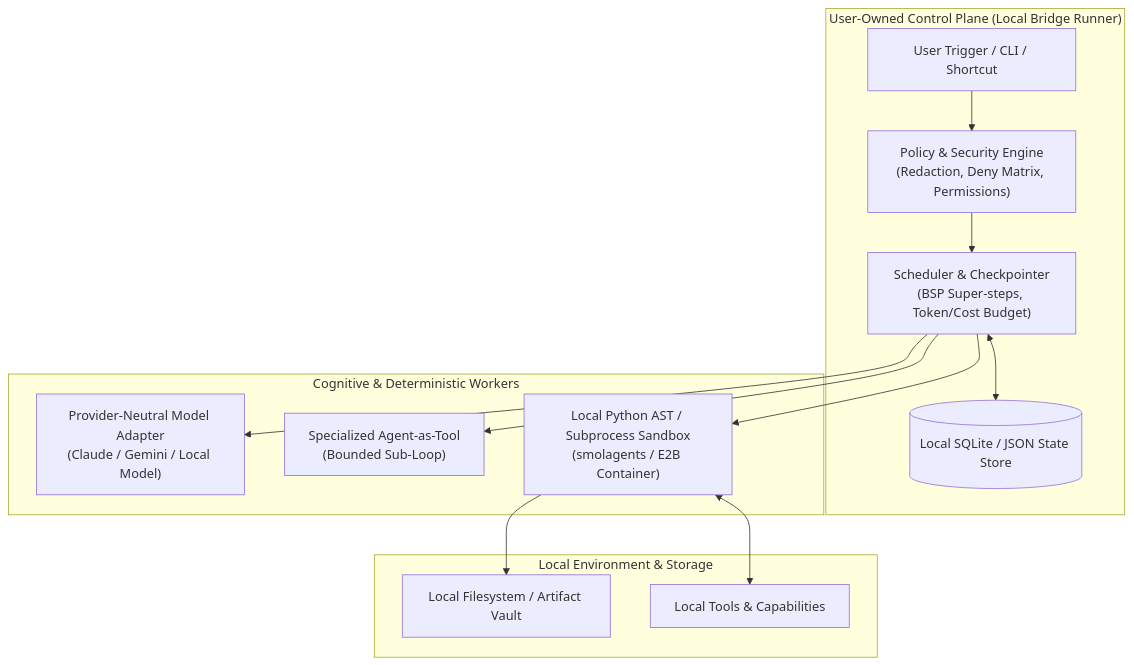
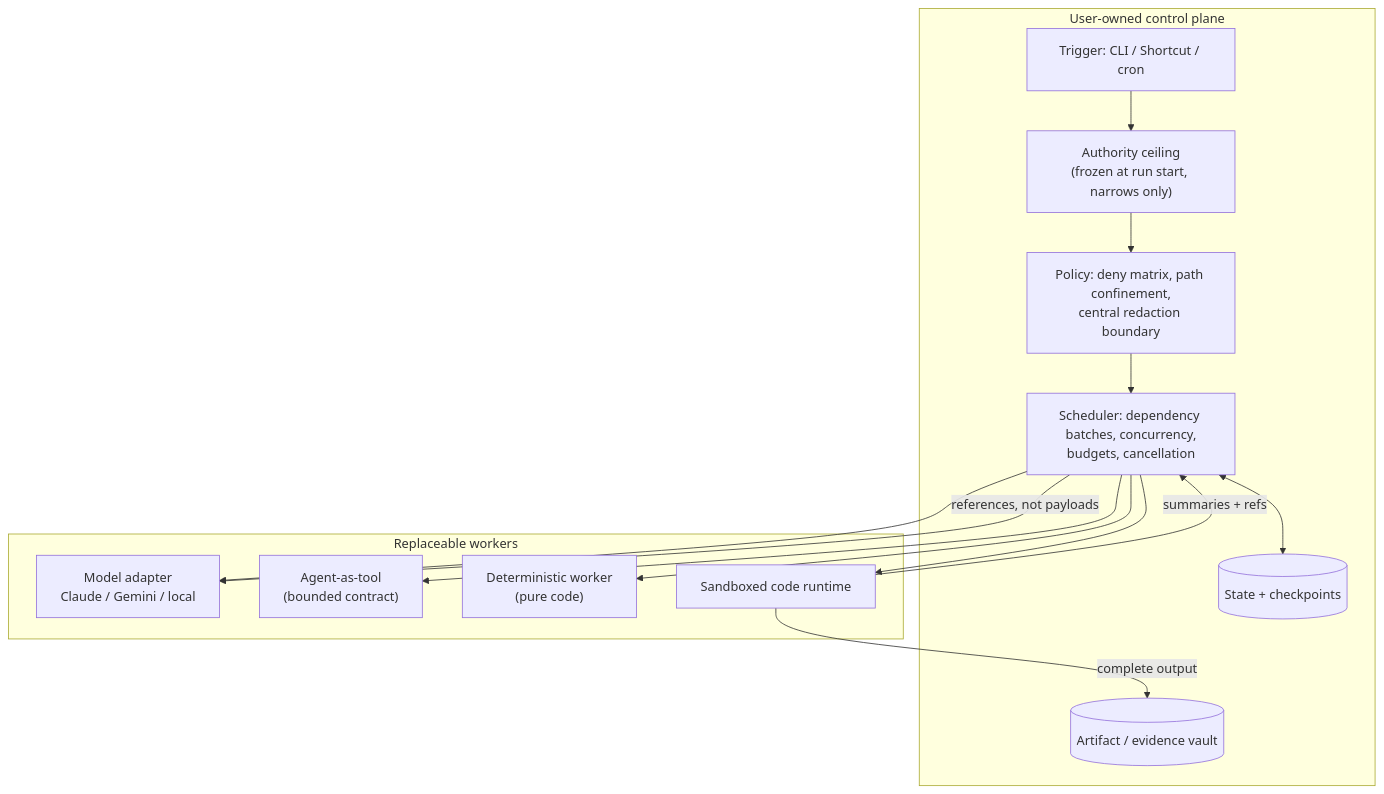
One commit to alankatanoisi/claude-local-bridge-playground changed the second of 3 diagrams in docs/ai-orchestration-preliminary-study-2026-07-29.md. Above: the diagram before and after it, drawn with Mermaid. The commit also changed other lines of this file and 1 other file, not shown here.

````diff
--- a/docs/ai-orchestration-preliminary-study-2026-07-29.md
+++ b/docs/ai-orchestration-preliminary-study-2026-07-29.md
@@ -88,29 +200,25 @@
 ```mermaid
 flowchart TD
-    subgraph UserControlPlane ["User-Owned Control Plane (Local Bridge Runner)"]
-        UI["User Trigger / CLI / Shortcut"]
-        Policy["Policy & Security Engine\n(Redaction, Deny Matrix, Permissions)"]
-        Sched["Scheduler & Checkpointer\n(BSP Super-steps, Token/Cost Budget)"]
-        StateStore[("Local SQLite / JSON State Store")]
+    subgraph CP["User-owned control plane"]
+        Trigger["Trigger: CLI / Shortcut / cron"]
+        Authority["Authority ceiling<br/>(frozen at run start, narrows only)"]
+        Policy["Policy: deny matrix, path confinement,<br/>central redaction boundary"]
+        Sched["Scheduler: dependency batches, concurrency,<br/>budgets, cancellation"]
+        State[("State + checkpoints")]
+        Vault[("Artifact / evidence vault")]
     end
 
-    subgraph Workers ["Cognitive & Deterministic Workers"]
-        MAdapter["Provider-Neutral Model Adapter\n(Claude / Gemini / Local Model)"]
-        SubAgent["Specialized Agent-as-Tool\n(Bounded Sub-Loop)"]
-        LocalExec["Local Python AST / Subprocess Sandbox\n(smolagents / E2B Container)"]
+    subgraph W["Replaceable workers"]
+        Adapter["Model adapter<br/>Claude / Gemini / local"]
+        Sub["Agent-as-tool<br/>(bounded contract)"]
+        Det["Deterministic worker<br/>(pure code)"]
+        Exec["Sandboxed code runtime"]
     end
 
-    subgraph Infrastructure ["Local Environment & Storage"]
-        Disk["Local Filesystem / Artifact Vault"]
-        Tools["Local Tools & Capabilities"]
-    end
-
-    UI --> Policy
-    Policy --> Sched
-    Sched <--> StateStore
-    Sched --> MAdapter
-    Sched --> SubAgent
-    Sched --> LocalExec
-    LocalExec <--> Tools
-    LocalExec --> Disk
+    Trigger --> Authority --> Policy --> Sched
+    Sched <--> State
+    Sched --> Adapter & Sub & Det & Exec
+    Exec -->|"summaries + refs"| Sched
+    Exec -->|"complete output"| Vault
+    Sched -->|"references, not payloads"| Adapter
 ```
````
